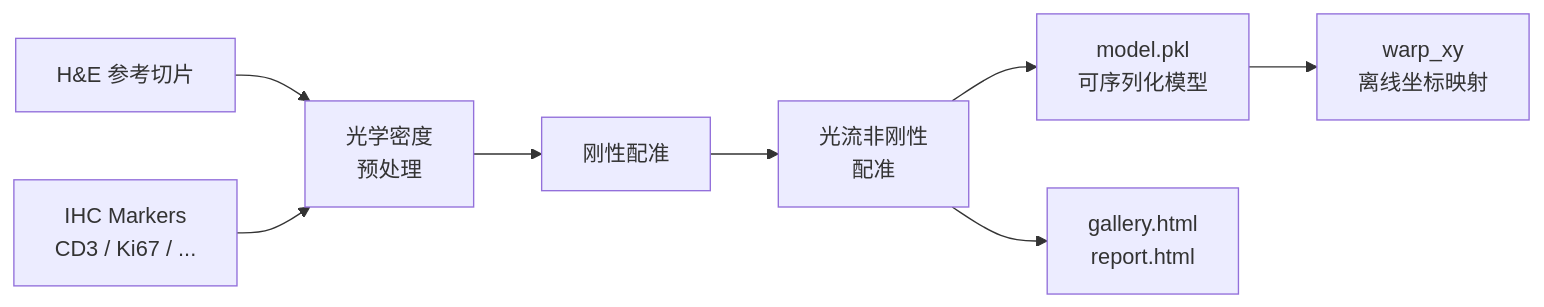
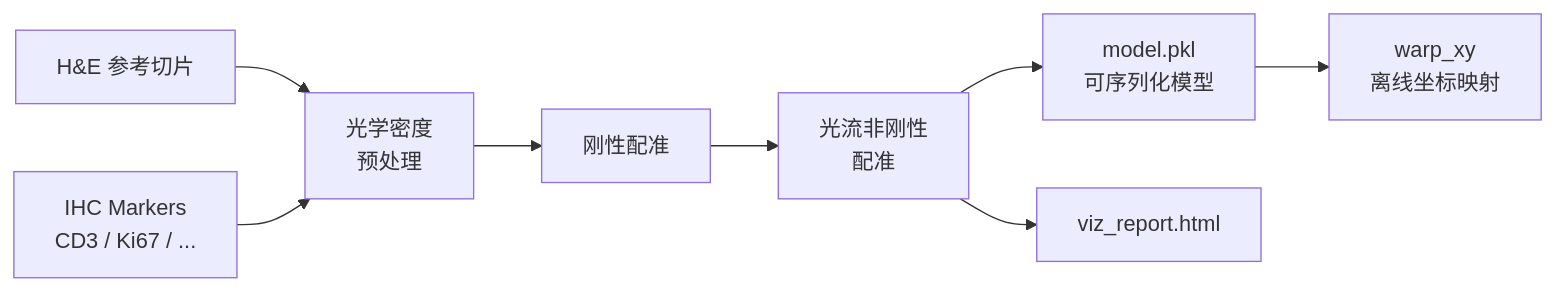
Before and after one commit to yifanfeng97/hisalign: the diagram in README.zh.md, drawn with Mermaid. The commit also changed other lines of this file and 11 other files, not shown here.

````diff
--- a/README.zh.md
+++ b/README.zh.md
@@ -39,19 +53,19 @@
 ```mermaid
 flowchart LR
     HE["H&E 参考切片"]
     IHC["IHC Markers\nCD3 / Ki67 / ..."]
     PRE["光学密度\n预处理"]
     RIGID["刚性配准"]
     NR["光流非刚性\n配准"]
     MODEL["model.pkl\n可序列化模型"]
     WARP["warp_xy\n离线坐标映射"]
-    VIZ["gallery.html\nreport.html"]
+    VIZ["viz_report.html"]
 
     HE --> PRE
     IHC --> PRE
     PRE --> RIGID
     RIGID --> NR
     NR --> MODEL
     MODEL --> WARP
     NR --> VIZ
 ```
````
